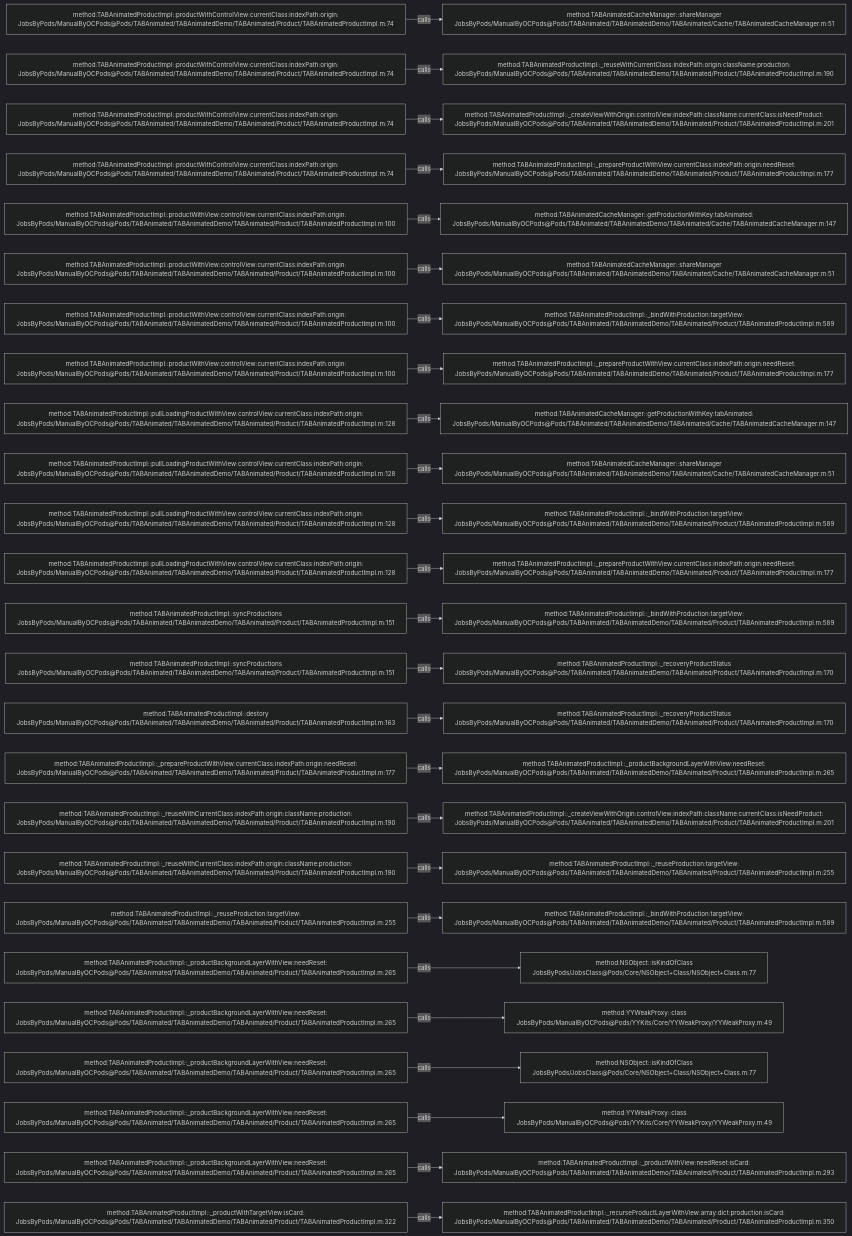
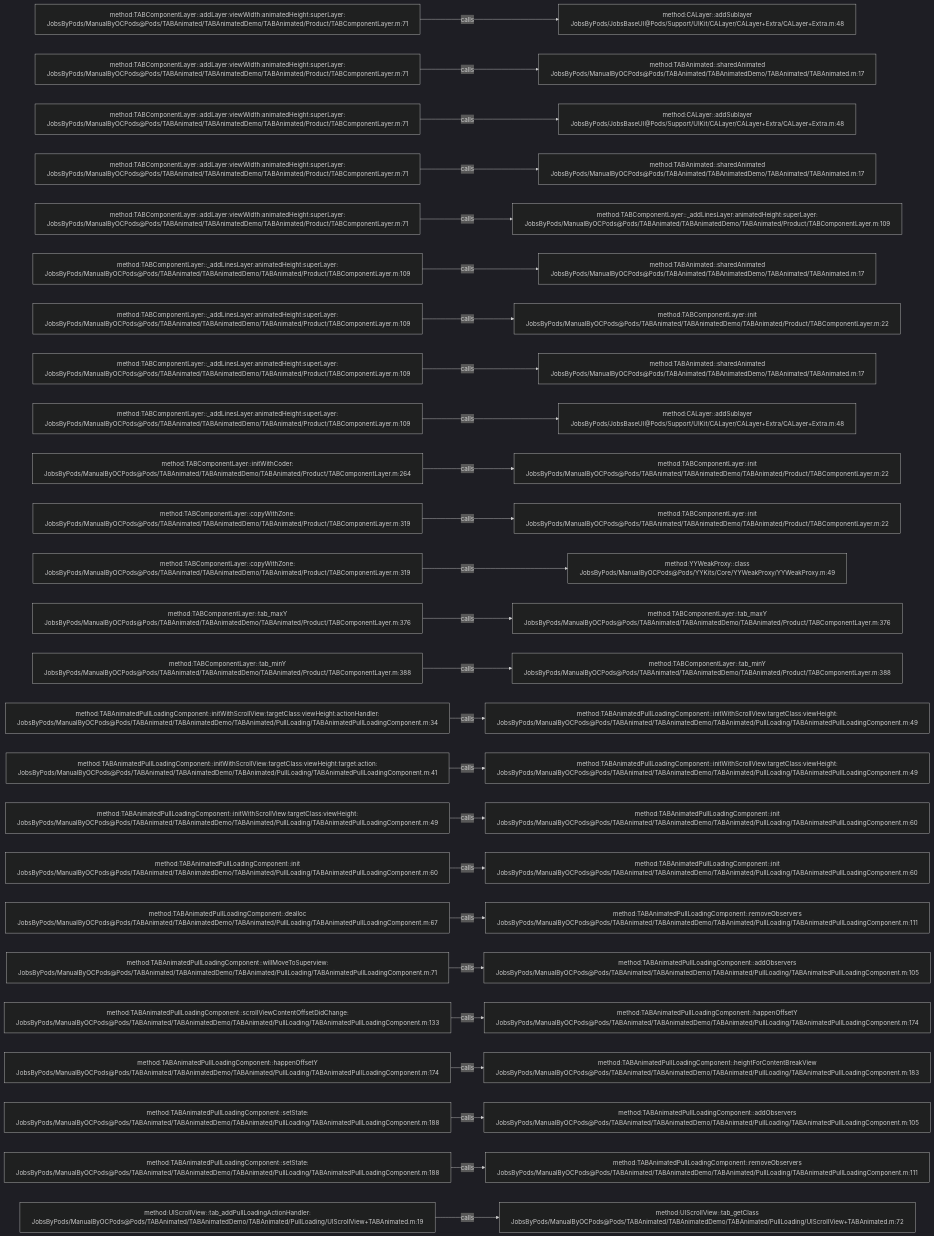
One commit to JobsKits/JobsOCBaseConfigDemo changed the diagram in .codegraph/codegraph.md/graphs/calls-036.md. Above: the diagram before and after it, drawn with Mermaid (dark theme). The commit also changed 1353 other files, not shown here.

````diff
--- a/.codegraph/codegraph.md/graphs/calls-036.md
+++ b/.codegraph/codegraph.md/graphs/calls-036.md
@@ -13,78 +13,78 @@
 ```mermaid
 flowchart LR
-  S1["method:TABAnimatedProductImpl::productWithControlView:currentClass:indexPath:origin:<br/>JobsByPods/ManualByOCPods@Pods/TABAnimated/TABAnimatedDemo/TABAnimated/Product/TABAnimatedProductImpl.m:74"]
-  T1["method:TABAnimatedCacheManager::shareManager<br/>JobsByPods/ManualByOCPods@Pods/TABAnimated/TABAnimatedDemo/TABAnimated/Cache/TABAnimatedCacheManager.m:51"]
+  S1["method:TABComponentLayer::addLayer:viewWidth:animatedHeight:superLayer:<br/>JobsByPods/ManualByOCPods@Pods/TABAnimated/TABAnimatedDemo/TABAnimated/Product/TABComponentLayer.m:71"]
+  T1["method:CALayer::addSublayer<br/>JobsByPods/JobsBaseUI@Pods/Support/UIKit/CALayer/CALayer+Extra/CALayer+Extra.m:48"]
   S1 -->|calls| T1
-  S2["method:TABAnimatedProductImpl::productWithControlView:currentClass:indexPath:origin:<br/>JobsByPods/ManualByOCPods@Pods/TABAnimated/TABAnimatedDemo/TABAnimated/Product/TABAnimatedProductImpl.m:74"]
-  T2["method:TABAnimatedProductImpl::_reuseWithCurrentClass:indexPath:origin:className:production:<br/>JobsByPods/ManualByOCPods@Pods/TABAnimated/TABAnimatedDemo/TABAnimated/Product/TABAnimatedProductImpl.m:190"]
+  S2["method:TABComponentLayer::addLayer:viewWidth:animatedHeight:superLayer:<br/>JobsByPods/ManualByOCPods@Pods/TABAnimated/TABAnimatedDemo/TABAnimated/Product/TABComponentLayer.m:71"]
+  T2["method:TABAnimated::sharedAnimated<br/>JobsByPods/ManualByOCPods@Pods/TABAnimated/TABAnimatedDemo/TABAnimated/TABAnimated.m:17"]
   S2 -->|calls| T2
-  S3["method:TABAnimatedProductImpl::productWithControlView:currentClass:indexPath:origin:<br/>JobsByPods/ManualByOCPods@Pods/TABAnimated/TABAnimatedDemo/TABAnimated/Product/TABAnimatedProductImpl.m:74"]
-  T3["method:TABAnimatedProductImpl::_createViewWithOrigin:controlView:indexPath:className:currentClass:isNeedProduct:<br/>JobsByPods/ManualByOCPods@Pods/TABAnimated/TABAnimatedDemo/TABAnimated/Product/TABAnimatedProductImpl.m:201"]
+  S3["method:TABComponentLayer::addLayer:viewWidth:animatedHeight:superLayer:<br/>JobsByPods/ManualByOCPods@Pods/TABAnimated/TABAnimatedDemo/TABAnimated/Product/TABComponentLayer.m:71"]
+  T3["method:CALayer::addSublayer<br/>JobsByPods/JobsBaseUI@Pods/Support/UIKit/CALayer/CALayer+Extra/CALayer+Extra.m:48"]
   S3 -->|calls| T3
-  S4["method:TABAnimatedProductImpl::productWithControlView:currentClass:indexPath:origin:<br/>JobsByPods/ManualByOCPods@Pods/TABAnimated/TABAnimatedDemo/TABAnimated/Product/TABAnimatedProductImpl.m:74"]
-  T4["method:TABAnimatedProductImpl::_prepareProductWithView:currentClass:indexPath:origin:needReset:<br/>JobsByPods/ManualByOCPods@Pods/TABAnimated/TABAnimatedDemo/TABAnimated/Product/TABAnimatedProductImpl.m:177"]
+  S4["method:TABComponentLayer::addLayer:viewWidth:animatedHeight:superLayer:<br/>JobsByPods/ManualByOCPods@Pods/TABAnimated/TABAnimatedDemo/TABAnimated/Product/TABComponentLayer.m:71"]
+  T4["method:TABAnimated::sharedAnimated<br/>JobsByPods/ManualByOCPods@Pods/TABAnimated/TABAnimatedDemo/TABAnimated/TABAnimated.m:17"]
   S4 -->|calls| T4
-  S5["method:TABAnimatedProductImpl::productWithView:controlView:currentClass:indexPath:origin:<br/>JobsByPods/ManualByOCPods@Pods/TABAnimated/TABAnimatedDemo/TABAnimated/Product/TABAnimatedProductImpl.m:100"]
-  T5["method:TABAnimatedCacheManager::getProductionWithKey:tabAnimated:<br/>JobsByPods/ManualByOCPods@Pods/TABAnimated/TABAnimatedDemo/TABAnimated/Cache/TABAnimatedCacheManager.m:147"]
+  S5["method:TABComponentLayer::addLayer:viewWidth:animatedHeight:superLayer:<br/>JobsByPods/ManualByOCPods@Pods/TABAnimated/TABAnimatedDemo/TABAnimated/Product/TABComponentLayer.m:71"]
+  T5["method:TABComponentLayer::_addLinesLayer:animatedHeight:superLayer:<br/>JobsByPods/ManualByOCPods@Pods/TABAnimated/TABAnimatedDemo/TABAnimated/Product/TABComponentLayer.m:109"]
   S5 -->|calls| T5
-  S6["method:TABAnimatedProductImpl::productWithView:controlView:currentClass:indexPath:origin:<br/>JobsByPods/ManualByOCPods@Pods/TABAnimated/TABAnimatedDemo/TABAnimated/Product/TABAnimatedProductImpl.m:100"]
-  T6["method:TABAnimatedCacheManager::shareManager<br/>JobsByPods/ManualByOCPods@Pods/TABAnimated/TABAnimatedDemo/TABAnimated/Cache/TABAnimatedCacheManager.m:51"]
+  S6["method:TABComponentLayer::_addLinesLayer:animatedHeight:superLayer:<br/>JobsByPods/ManualByOCPods@Pods/TABAnimated/TABAnimatedDemo/TABAnimated/Product/TABComponentLayer.m:109"]
+  T6["method:TABAnimated::sharedAnimated<br/>JobsByPods/ManualByOCPods@Pods/TABAnimated/TABAnimatedDemo/TABAnimated/TABAnimated.m:17"]
   S6 -->|calls| T6
-  S7["method:TABAnimatedProductImpl::productWithView:controlView:currentClass:indexPath:origin:<br/>JobsByPods/ManualByOCPods@Pods/TABAnimated/TABAnimatedDemo/TABAnimated/Product/TABAnimatedProductImpl.m:100"]
-  T7["method:TABAnimatedProductImpl::_bindWithProduction:targetView:<br/>JobsByPods/ManualByOCPods@Pods/TABAnimated/TABAnimatedDemo/TABAnimated/Product/TABAnimatedProductImpl.m:589"]
+  S7["method:TABComponentLayer::_addLinesLayer:animatedHeight:superLayer:<br/>JobsByPods/ManualByOCPods@Pods/TABAnimated/TABAnimatedDemo/TABAnimated/Product/TABComponentLayer.m:109"]
+  T7["method:TABComponentLayer::init<br/>JobsByPods/ManualByOCPods@Pods/TABAnimated/TABAnimatedDemo/TABAnimated/Product/TABComponentLayer.m:22"]
   S7 -->|calls| T7
-  S8["method:TABAnimatedProductImpl::productWithView:controlView:currentClass:indexPath:origin:<br/>JobsByPods/ManualByOCPods@Pods/TABAnimated/TABAnimatedDemo/TABAnimated/Product/TABAnimatedProductImpl.m:100"]
-  T8["method:TABAnimatedProductImpl::_prepareProductWithView:currentClass:indexPath:origin:needReset:<br/>JobsByPods/ManualByOCPods@Pods/TABAnimated/TABAnimatedDemo/TABAnimated/Product/TABAnimatedProductImpl.m:177"]
+  S8["method:TABComponentLayer::_addLinesLayer:animatedHeight:superLayer:<br/>JobsByPods/ManualByOCPods@Pods/TABAnimated/TABAnimatedDemo/TABAnimated/Product/TABComponentLayer.m:109"]
+  T8["method:TABAnimated::sharedAnimated<br/>JobsByPods/ManualByOCPods@Pods/TABAnimated/TABAnimatedDemo/TABAnimated/TABAnimated.m:17"]
   S8 -->|calls| T8
-  S9["method:TABAnimatedProductImpl::pullLoadingProductWithView:controlView:currentClass:indexPath:origin:<br/>JobsByPods/ManualByOCPods@Pods/TABAnimated/TABAnimatedDemo/TABAnimated/Product/TABAnimatedProductImpl.m:128"]
-  T9["method:TABAnimatedCacheManager::getProductionWithKey:tabAnimated:<br/>JobsByPods/ManualByOCPods@Pods/TABAnimated/TABAnimatedDemo/TABAnimated/Cache/TABAnimatedCacheManager.m:147"]
+  S9["method:TABComponentLayer::_addLinesLayer:animatedHeight:superLayer:<br/>JobsByPods/ManualByOCPods@Pods/TABAnimated/TABAnimatedDemo/TABAnimated/Product/TABComponentLayer.m:109"]
+  T9["method:CALayer::addSublayer<br/>JobsByPods/JobsBaseUI@Pods/Support/UIKit/CALayer/CALayer+Extra/CALayer+Extra.m:48"]
   S9 -->|calls| T9
-  S10["method:TABAnimatedProductImpl::pullLoadingProductWithView:controlView:currentClass:indexPath:origin:<br/>JobsByPods/ManualByOCPods@Pods/TABAnimated/TABAnimatedDemo/TABAnimated/Product/TABAnimatedProductImpl.m:128"]
-  T10["method:TABAnimatedCacheManager::shareManager<br/>JobsByPods/ManualByOCPods@Pods/TABAnimated/TABAnimatedDemo/TABAnimated/Cache/TABAnimatedCacheManager.m:51"]
+  S10["method:TABComponentLayer::initWithCoder:<br/>JobsByPods/ManualByOCPods@Pods/TABAnimated/TABAnimatedDemo/TABAnimated/Product/TABComponentLayer.m:264"]
+  T10["method:TABComponentLayer::init<br/>JobsByPods/ManualByOCPods@Pods/TABAnimated/TABAnimatedDemo/TABAnimated/Product/TABComponentLayer.m:22"]
   S10 -->|calls| T10
-  S11["method:TABAnimatedProductImpl::pullLoadingProductWithView:controlView:currentClass:indexPath:origin:<br/>JobsByPods/ManualByOCPods@Pods/TABAnimated/TABAnimatedDemo/TABAnimated/Product/TABAnimatedProductImpl.m:128"]
-  T11["method:TABAnimatedProductImpl::_bindWithProduction:targetView:<br/>JobsByPods/ManualByOCPods@Pods/TABAnimated/TABAnimatedDemo/TABAnimated/Product/TABAnimatedProductImpl.m:589"]
+  S11["method:TABComponentLayer::copyWithZone:<br/>JobsByPods/ManualByOCPods@Pods/TABAnimated/TABAnimatedDemo/TABAnimated/Product/TABComponentLayer.m:319"]
+  T11["method:TABComponentLayer::init<br/>JobsByPods/ManualByOCPods@Pods/TABAnimated/TABAnimatedDemo/TABAnimated/Product/TABComponentLayer.m:22"]
   S11 -->|calls| T11
-  S12["method:TABAnimatedProductImpl::pullLoadingProductWithView:controlView:currentClass:indexPath:origin:<br/>JobsByPods/ManualByOCPods@Pods/TABAnimated/TABAnimatedDemo/TABAnimated/Product/TABAnimatedProductImpl.m:128"]
-  T12["method:TABAnimatedProductImpl::_prepareProductWithView:currentClass:indexPath:origin:needReset:<br/>JobsByPods/ManualByOCPods@Pods/TABAnimated/TABAnimatedDemo/TABAnimated/Product/TABAnimatedProductImpl.m:177"]
+  S12["method:TABComponentLayer::copyWithZone:<br/>JobsByPods/ManualByOCPods@Pods/TABAnimated/TABAnimatedDemo/TABAnimated/Product/TABComponentLayer.m:319"]
+  T12["method:YYWeakProxy::class<br/>JobsByPods/ManualByOCPods@Pods/YYKits/Core/YYWeakProxy/YYWeakProxy.m:49"]
   S12 -->|calls| T12
-  S13["method:TABAnimatedProductImpl::syncProductions<br/>JobsByPods/ManualByOCPods@Pods/TABAnimated/TABAnimatedDemo/TABAnimated/Product/TABAnimatedProductImpl.m:151"]
-  T13["method:TABAnimatedProductImpl::_bindWithProduction:targetView:<br/>JobsByPods/ManualByOCPods@Pods/TABAnimated/TABAnimatedDemo/TABAnimated/Product/TABAnimatedProductImpl.m:589"]
+  S13["method:TABComponentLayer::tab_maxY<br/>JobsByPods/ManualByOCPods@Pods/TABAnimated/TABAnimatedDemo/TABAnimated/Product/TABComponentLayer.m:376"]
+  T13["method:TABComponentLayer::tab_maxY<br/>JobsByPods/ManualByOCPods@Pods/TABAnimated/TABAnimatedDemo/TABAnimated/Product/TABComponentLayer.m:376"]
   S13 -->|calls| T13
-  S14["method:TABAnimatedProductImpl::syncProductions<br/>JobsByPods/ManualByOCPods@Pods/TABAnimated/TABAnimatedDemo/TABAnimated/Product/TABAnimatedProductImpl.m:151"]
-  T14["method:TABAnimatedProductImpl::_recoveryProductStatus<br/>JobsByPods/ManualByOCPods@Pods/TABAnimated/TABAnimatedDemo/TABAnimated/Product/TABAnimatedProductImpl.m:170"]
+  S14["method:TABComponentLayer::tab_minY<br/>JobsByPods/ManualByOCPods@Pods/TABAnimated/TABAnimatedDemo/TABAnimated/Product/TABComponentLayer.m:388"]
+  T14["method:TABComponentLayer::tab_minY<br/>JobsByPods/ManualByOCPods@Pods/TABAnimated/TABAnimatedDemo/TABAnimated/Product/TABComponentLayer.m:388"]
   S14 -->|calls| T14
-  S15["method:TABAnimatedProductImpl::destory<br/>JobsByPods/ManualByOCPods@Pods/TABAnimated/TABAnimatedDemo/TABAnimated/Product/TABAnimatedProductImpl.m:163"]
-  T15["method:TABAnimatedProductImpl::_recoveryProductStatus<br/>JobsByPods/ManualByOCPods@Pods/TABAnimated/TABAnimatedDemo/TABAnimated/Product/TABAnimatedProductImpl.m:170"]
+  S15["method:TABAnimatedPullLoadingComponent::initWithScrollView:targetClass:viewHeight:actionHandler:<br/>JobsByPods/ManualByOCPods@Pods/TABAnimated/TABAnimatedDemo/TABAnimated/PullLoading/TABAnimatedPullLoadingComponent.m:34"]
+  T15["method:TABAnimatedPullLoadingComponent::initWithScrollView:targetClass:viewHeight:<br/>JobsByPods/ManualByOCPods@Pods/TABAnimated/TABAnimatedDemo/TABAnimated/PullLoading/TABAnimatedPullLoadingComponent.m:49"]
   S15 -->|calls| T15
-  S16["method:TABAnimatedProductImpl::_prepareProductWithView:currentClass:indexPath:origin:needReset:<br/>JobsByPods/ManualByOCPods@Pods/TABAnimated/TABAnimatedDemo/TABAnimated/Product/TABAnimatedProductImpl.m:177"]
-  T16["method:TABAnimatedProductImpl::_productBackgroundLayerWithView:needReset:<br/>JobsByPods/ManualByOCPods@Pods/TABAnimated/TABAnimatedDemo/TABAnimated/Product/TABAnimatedProductImpl.m:265"]
+  S16["method:TABAnimatedPullLoadingComponent::initWithScrollView:targetClass:viewHeight:target:action:<br/>JobsByPods/ManualByOCPods@Pods/TABAnimated/TABAnimatedDemo/TABAnimated/PullLoading/TABAnimatedPullLoadingComponent.m:41"]
+  T16["method:TABAnimatedPullLoadingComponent::initWithScrollView:targetClass:viewHeight:<br/>JobsByPods/ManualByOCPods@Pods/TABAnimated/TABAnimatedDemo/TABAnimated/PullLoading/TABAnimatedPullLoadingComponent.m:49"]
   S16 -->|calls| T16
-  S17["method:TABAnimatedProductImpl::_reuseWithCurrentClass:indexPath:origin:className:production:<br/>JobsByPods/ManualByOCPods@Pods/TABAnimated/TABAnimatedDemo/TABAnimated/Product/TABAnimatedProductImpl.m:190"]
-  T17["method:TABAnimatedProductImpl::_createViewWithOrigin:controlView:indexPath:className:currentClass:isNeedProduct:<br/>JobsByPods/ManualByOCPods@Pods/TABAnimated/TABAnimatedDemo/TABAnimated/Product/TABAnimatedProductImpl.m:201"]
+  S17["method:TABAnimatedPullLoadingComponent::initWithScrollView:targetClass:viewHeight:<br/>JobsByPods/ManualByOCPods@Pods/TABAnimated/TABAnimatedDemo/TABAnimated/PullLoading/TABAnimatedPullLoadingComponent.m:49"]
+  T17["method:TABAnimatedPullLoadingComponent::init<br/>JobsByPods/ManualByOCPods@Pods/TABAnimated/TABAnimatedDemo/TABAnimated/PullLoading/TABAnimatedPullLoadingComponent.m:60"]
   S17 -->|calls| T17
-  S18["method:TABAnimatedProductImpl::_reuseWithCurrentClass:indexPath:origin:className:production:<br/>JobsByPods/ManualByOCPods@Pods/TABAnimated/TABAnimatedDemo/TABAnimated/Product/TABAnimatedProductImpl.m:190"]
-  T18["method:TABAnimatedProductImpl::_reuseProduction:targetView:<br/>JobsByPods/ManualByOCPods@Pods/TABAnimated/TABAnimatedDemo/TABAnimated/Product/TABAnimatedProductImpl.m:255"]
+  S18["method:TABAnimatedPullLoadingComponent::init<br/>JobsByPods/ManualByOCPods@Pods/TABAnimated/TABAnimatedDemo/TABAnimated/PullLoading/TABAnimatedPullLoadingComponent.m:60"]
+  T18["method:TABAnimatedPullLoadingComponent::init<br/>JobsByPods/ManualByOCPods@Pods/TABAnimated/TABAnimatedDemo/TABAnimated/PullLoading/TABAnimatedPullLoadingComponent.m:60"]
   S18 -->|calls| T18
-  S19["method:TABAnimatedProductImpl::_reuseProduction:targetView:<br/>JobsByPods/ManualByOCPods@Pods/TABAnimated/TABAnimatedDemo/TABAnimated/Product/TABAnimatedProductImpl.m:255"]
-  T19["method:TABAnimatedProductImpl::_bindWithProduction:targetView:<br/>JobsByPods/ManualByOCPods@Pods/TABAnimated/TABAnimatedDemo/TABAnimated/Product/TABAnimatedProductImpl.m:589"]
+  S19["method:TABAnimatedPullLoadingComponent::dealloc<br/>JobsByPods/ManualByOCPods@Pods/TABAnimated/TABAnimatedDemo/TABAnimated/PullLoading/TABAnimatedPullLoadingComponent.m:67"]
+  T19["method:TABAnimatedPullLoadingComponent::removeObservers<br/>JobsByPods/ManualByOCPods@Pods/TABAnimated/TABAnimatedDemo/TABAnimated/PullLoading/TABAnimatedPullLoadingComponent.m:111"]
   S19 -->|calls| T19
-  S20["method:TABAnimatedProductImpl::_productBackgroundLayerWithView:needReset:<br/>JobsByPods/ManualByOCPods@Pods/TABAnimated/TABAnimatedDemo/TABAnimated/Product/TABAnimatedProductImpl.m:265"]
-  T20["method:NSObject::isKindOfClass<br/>JobsByPods/JobsClass@Pods/Core/NSObject+Class/NSObject+Class.m:77"]
+  S20["method:TABAnimatedPullLoadingComponent::willMoveToSuperview:<br/>JobsByPods/ManualByOCPods@Pods/TABAnimated/TABAnimatedDemo/TABAnimated/PullLoading/TABAnimatedPullLoadingComponent.m:71"]
+  T20["method:TABAnimatedPullLoadingComponent::addObservers<br/>JobsByPods/ManualByOCPods@Pods/TABAnimated/TABAnimatedDemo/TABAnimated/PullLoading/TABAnimatedPullLoadingComponent.m:105"]
   S20 -->|calls| T20
-  S21["method:TABAnimatedProductImpl::_productBackgroundLayerWithView:needReset:<br/>JobsByPods/ManualByOCPods@Pods/TABAnimated/TABAnimatedDemo/TABAnimated/Product/TABAnimatedProductImpl.m:265"]
-  T21["method:YYWeakProxy::class<br/>JobsByPods/ManualByOCPods@Pods/YYKits/Core/YYWeakProxy/YYWeakProxy.m:49"]
+  S21["method:TABAnimatedPullLoadingComponent::scrollViewContentOffsetDidChange:<br/>JobsByPods/ManualByOCPods@Pods/TABAnimated/TABAnimatedDemo/TABAnimated/PullLoading/TABAnimatedPullLoadingComponent.m:133"]
+  T21["method:TABAnimatedPullLoadingComponent::happenOffsetY<br/>JobsByPods/ManualByOCPods@Pods/TABAnimated/TABAnimatedDemo/TABAnimated/PullLoading/TABAnimatedPullLoadingComponent.m:174"]
   S21 -->|calls| T21
-  S22["method:TABAnimatedProductImpl::_productBackgroundLayerWithView:needReset:<br/>JobsByPods/ManualByOCPods@Pods/TABAnimated/TABAnimatedDemo/TABAnimated/Product/TABAnimatedProductImpl.m:265"]
-  T22["method:NSObject::isKindOfClass<br/>JobsByPods/JobsClass@Pods/Core/NSObject+Class/NSObject+Class.m:77"]
+  S22["method:TABAnimatedPullLoadingComponent::happenOffsetY<br/>JobsByPods/ManualByOCPods@Pods/TABAnimated/TABAnimatedDemo/TABAnimated/PullLoading/TABAnimatedPullLoadingComponent.m:174"]
+  T22["method:TABAnimatedPullLoadingComponent::heightForContentBreakView<br/>JobsByPods/ManualByOCPods@Pods/TABAnimated/TABAnimatedDemo/TABAnimated/PullLoading/TABAnimatedPullLoadingComponent.m:183"]
   S22 -->|calls| T22
-  S23["method:TABAnimatedProductImpl::_productBackgroundLayerWithView:needReset:<br/>JobsByPods/ManualByOCPods@Pods/TABAnimated/TABAnimatedDemo/TABAnimated/Product/TABAnimatedProductImpl.m:265"]
-  T23["method:YYWeakProxy::class<br/>JobsByPods/ManualByOCPods@Pods/YYKits/Core/YYWeakProxy/YYWeakProxy.m:49"]
+  S23["method:TABAnimatedPullLoadingComponent::setState:<br/>JobsByPods/ManualByOCPods@Pods/TABAnimated/TABAnimatedDemo/TABAnimated/PullLoading/TABAnimatedPullLoadingComponent.m:188"]
+  T23["method:TABAnimatedPullLoadingComponent::addObservers<br/>JobsByPods/ManualByOCPods@Pods/TABAnimated/TABAnimatedDemo/TABAnimated/PullLoading/TABAnimatedPullLoadingComponent.m:105"]
   S23 -->|calls| T23
-  S24["method:TABAnimatedProductImpl::_productBackgroundLayerWithView:needReset:<br/>JobsByPods/ManualByOCPods@Pods/TABAnimated/TABAnimatedDemo/TABAnimated/Product/TABAnimatedProductImpl.m:265"]
-  T24["method:TABAnimatedProductImpl::_productWithView:needReset:isCard:<br/>JobsByPods/ManualByOCPods@Pods/TABAnimated/TABAnimatedDemo/TABAnimated/Product/TABAnimatedProductImpl.m:293"]
+  S24["method:TABAnimatedPullLoadingComponent::setState:<br/>JobsByPods/ManualByOCPods@Pods/TABAnimated/TABAnimatedDemo/TABAnimated/PullLoading/TABAnimatedPullLoadingComponent.m:188"]
+  T24["method:TABAnimatedPullLoadingComponent::removeObservers<br/>JobsByPods/ManualByOCPods@Pods/TABAnimated/TABAnimatedDemo/TABAnimated/PullLoading/TABAnimatedPullLoadingComponent.m:111"]
   S24 -->|calls| T24
-  S25["method:TABAnimatedProductImpl::_productWithTargetView:isCard:<br/>JobsByPods/ManualByOCPods@Pods/TABAnimated/TABAnimatedDemo/TABAnimated/Product/TABAnimatedProductImpl.m:322"]
-  T25["method:TABAnimatedProductImpl::_recurseProductLayerWithView:array:dict:production:isCard:<br/>JobsByPods/ManualByOCPods@Pods/TABAnimated/TABAnimatedDemo/TABAnimated/Product/TABAnimatedProductImpl.m:350"]
+  S25["method:UIScrollView::tab_addPullLoadingActionHandler:<br/>JobsByPods/ManualByOCPods@Pods/TABAnimated/TABAnimatedDemo/TABAnimated/PullLoading/UIScrollView+TABAnimated.m:19"]
+  T25["method:UIScrollView::tab_getClass<br/>JobsByPods/ManualByOCPods@Pods/TABAnimated/TABAnimatedDemo/TABAnimated/PullLoading/UIScrollView+TABAnimated.m:72"]
   S25 -->|calls| T25
 ```
````
